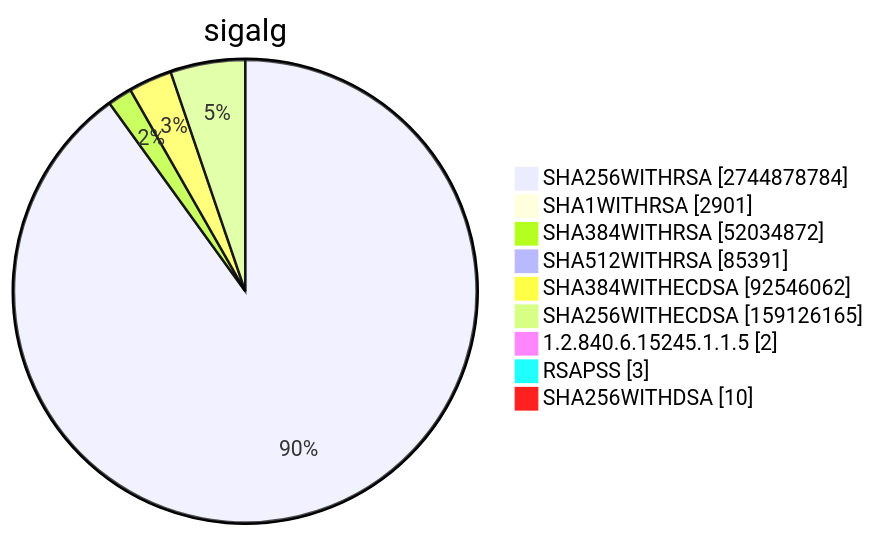
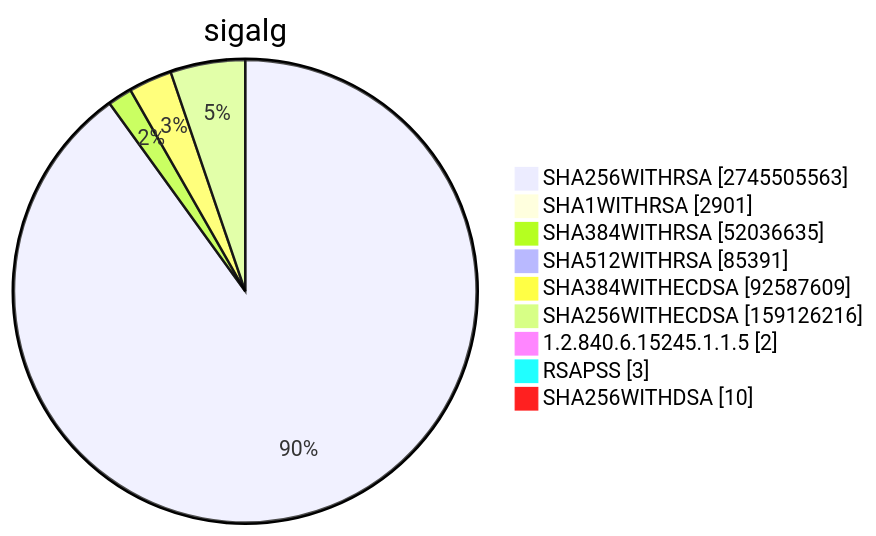
Before and after one commit to christiankrug/ctmonitor_visualization: diagram 15 of 15 in TOTAL/README.md, drawn with Mermaid. The commit also changed other lines of this file, not shown here.

````diff
--- a/TOTAL/README.md
+++ b/TOTAL/README.md
@@ -6204,13 +6204,13 @@
 ```mermaid
 pie showData
 title sigalg
-"SHA256WITHRSA" :2744878784
+"SHA256WITHRSA" :2745505563
 "SHA1WITHRSA" :2901
-"SHA384WITHRSA" :52034872
+"SHA384WITHRSA" :52036635
 "SHA512WITHRSA" :85391
-"SHA384WITHECDSA" :92546062
-"SHA256WITHECDSA" :159126165
+"SHA384WITHECDSA" :92587609
+"SHA256WITHECDSA" :159126216
 "1.2.840.6.15245.1.1.5" :2
 "RSAPSS" :3
 "SHA256WITHDSA" :10
 ```
````
